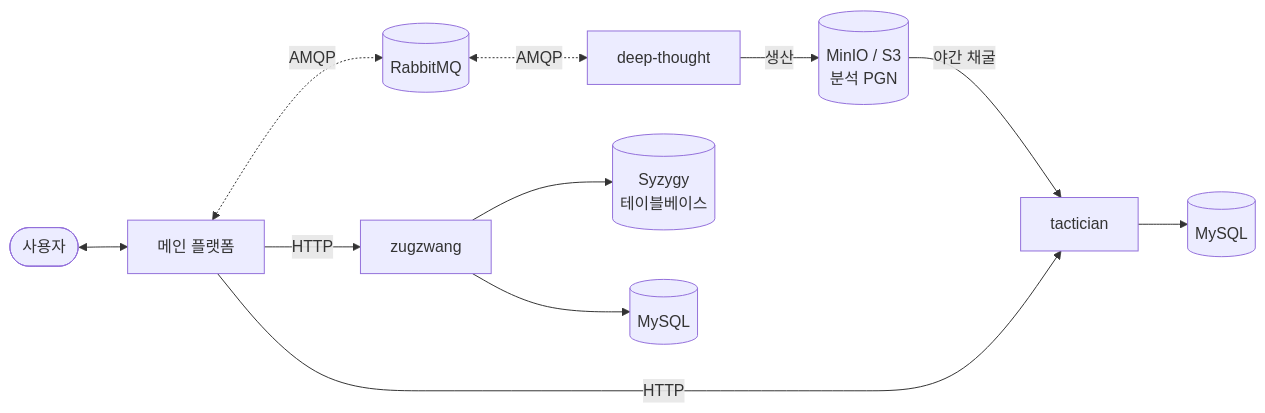
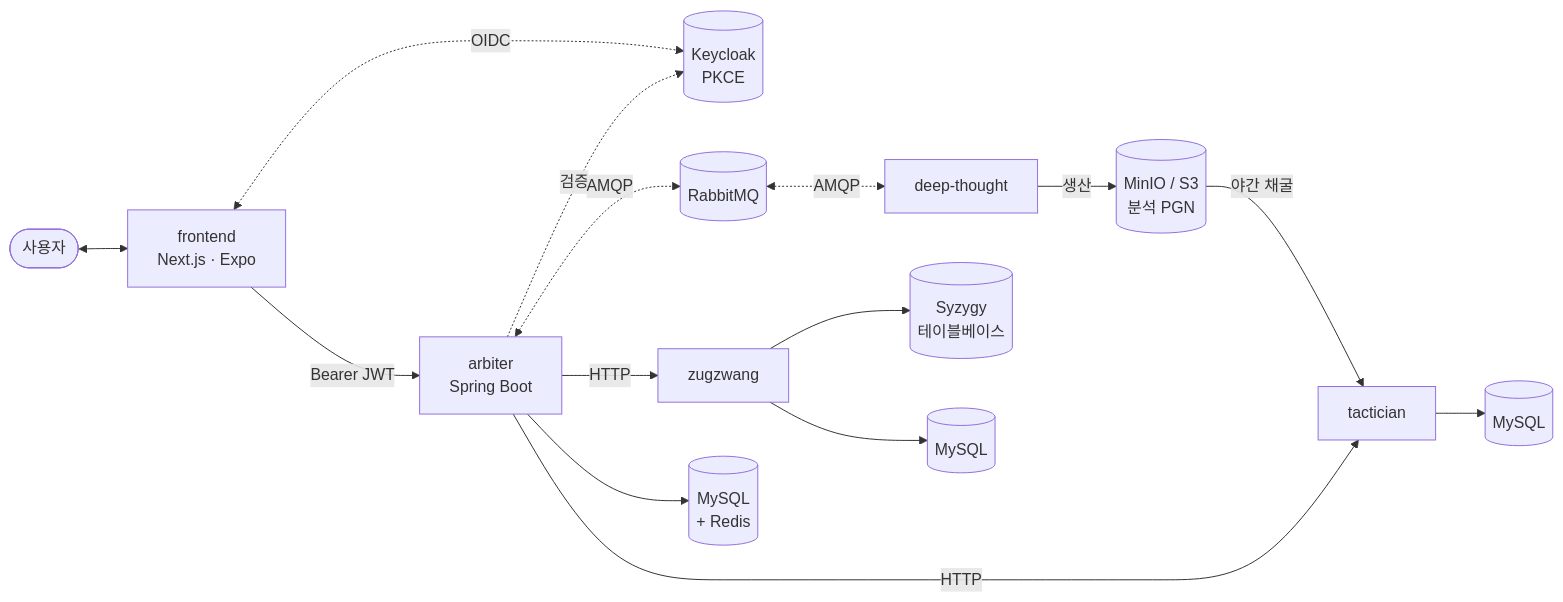
One commit to ilovepawn/.github changed the diagram in profile/README.ko.md. Above: the diagram before and after it, drawn with Mermaid. The commit also changed other lines of this file and 1 other file, not shown here.

Commit message:
Add frontend and arbiter to architecture, services, and pin cards

````diff
--- a/profile/README.ko.md
+++ b/profile/README.ko.md
@@ -27,24 +40,31 @@
 ```mermaid
 flowchart LR
     User([사용자])
-    Platform[메인 플랫폼]
+    FE[frontend<br/>Next.js · Expo]
+    KC[(Keycloak<br/>PKCE)]
+    ARB[arbiter<br/>Spring Boot]
     MQ[(RabbitMQ)]
     DT[deep-thought]
     S3[(MinIO / S3<br/>분석 PGN)]
     TT[tactician]
     ZZ[zugzwang]
     Syzygy[(Syzygy<br/>테이블베이스)]
+    DB0[(MySQL<br/>+ Redis)]
     DB1[(MySQL)]
     DB2[(MySQL)]
 
-    User <--> Platform
-    Platform <-. AMQP .-> MQ
+    User <--> FE
+    FE <-. OIDC .-> KC
+    FE -- Bearer JWT --> ARB
+    ARB -. 검증 .-> KC
+    ARB <-. AMQP .-> MQ
     MQ <-. AMQP .-> DT
     DT -- 생산 --> S3
     S3 -- 야간 채굴 --> TT
-    Platform -- HTTP --> TT
-    Platform -- HTTP --> ZZ
+    ARB -- HTTP --> TT
+    ARB -- HTTP --> ZZ
     ZZ --> Syzygy
+    ARB --> DB0
     TT --> DB1
     ZZ --> DB2
 ```
````
